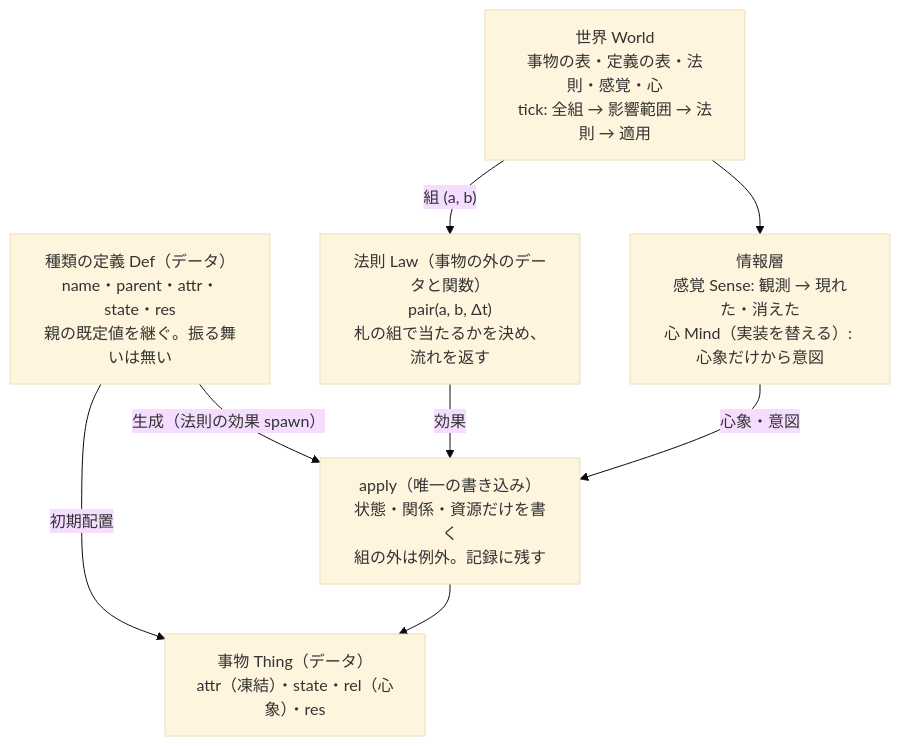
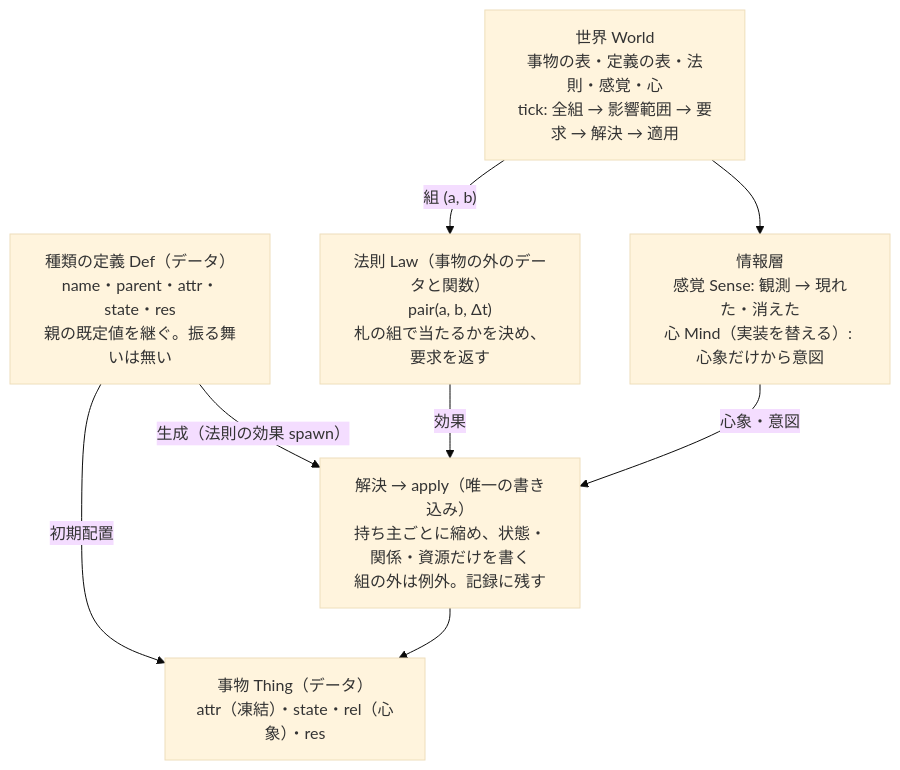
The third of 3 diagrams in docs/DESIGN.md (demerzel09/Medieval-Simulator), drawn with Mermaid (base theme) before and after one commit. The commit also changed other lines of this file and 8 other files, not shown here.

````diff
--- a/docs/DESIGN.md
+++ b/docs/DESIGN.md
@@ -153,16 +154,16 @@
 ```mermaid
 flowchart TD
   D["種類の定義 Def（データ）<br/>name・parent・attr・state・res<br/>親の既定値を継ぐ。振る舞いは無い"]
-  W["世界 World<br/>事物の表・定義の表・法則・感覚・心<br/>tick: 全組 → 影響範囲 → 法則 → 適用"]
-  L["法則 Law（事物の外のデータと関数）<br/>pair(a, b, Δt)<br/>札の組で当たるかを決め、流れを返す"]
+  W["世界 World<br/>事物の表・定義の表・法則・感覚・心<br/>tick: 全組 → 影響範囲 → 要求 → 解決 → 適用"]
+  L["法則 Law（事物の外のデータと関数）<br/>pair(a, b, Δt)<br/>札の組で当たるかを決め、要求を返す"]
   I["情報層<br/>感覚 Sense: 観測 → 現れた・消えた<br/>心 Mind（実装を替える）: 心象だけから意図"]
-  A["apply（唯一の書き込み）<br/>状態・関係・資源だけを書く<br/>組の外は例外。記録に残す"]
+  A["解決 → apply（唯一の書き込み）<br/>持ち主ごとに縮め、状態・関係・資源だけを書く<br/>組の外は例外。記録に残す"]
   T["事物 Thing（データ）<br/>attr（凍結）・state・rel（心象）・res"]
   D -->|"初期配置"| T
   D -->|"生成（法則の効果 spawn）"| A
   W -->|"組 (a, b)"| L
   W --> I
   L -->|"効果"| A
   I -->|"心象・意図"| A
   A --> T
 ```
````
